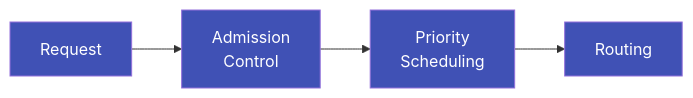
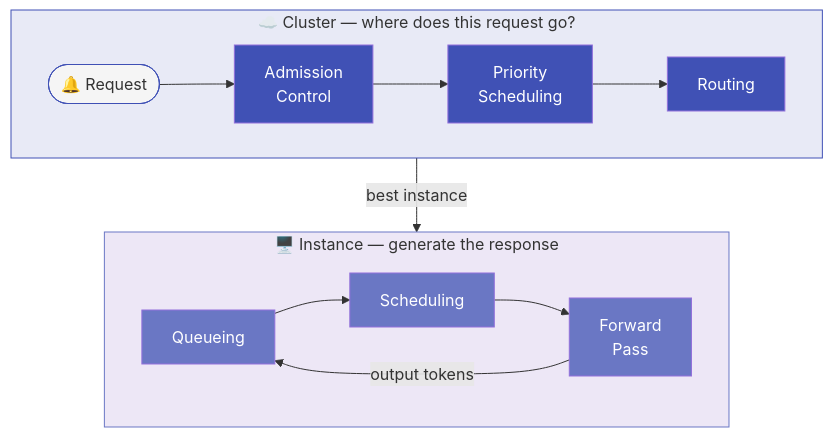
One commit to inference-sim/inference-sim changed the first of 3 diagrams in docs/blog/posts/why-simulate-before-you-scale.md. Above: the diagram before and after it, drawn with Mermaid. The commit also changed other lines of this file, not shown here.

Commit message:
feat(docs): single pipeline diagram with styled cluster/instance regions
One diagram with two labeled regions — cluster (light blue background,
"where does this request go?") flowing into instance (light purple,
"generate the response") with the output-tokens loop. Styled subgraphs
with emoji labels and a connecting "best instance" edge.

````diff
--- a/docs/blog/posts/why-simulate-before-you-scale.md
+++ b/docs/blog/posts/why-simulate-before-you-scale.md
@@ -38,8 +36,25 @@
 ```mermaid
-flowchart LR
-    R["Request"] --> AC["Admission\nControl"] --> PS["Priority\nScheduling"] --> RT["Routing"]
-    style R fill:#4051b5,color:#fff
+flowchart TD
+    subgraph cluster ["☁️ Cluster — where does this request go?"]
+        direction LR
+        R(["🔔 Request"]) --> AC["Admission<br>Control"] --> PS["Priority<br>Scheduling"] --> RT["Routing"]
+    end
+
+    subgraph instance ["🖥️ Instance — generate the response"]
+        direction LR
+        Q["Queueing"] --> S["Scheduling"] --> FP["Forward<br>Pass"]
+        FP -->|"output tokens"| Q
+    end
+
+    RT -->|"best instance"| Q
+
+    style R fill:#f5f5f5,color:#333,stroke:#4051b5
     style AC fill:#4051b5,color:#fff
     style PS fill:#4051b5,color:#fff
     style RT fill:#4051b5,color:#fff
+    style Q fill:#6a77c4,color:#fff
+    style S fill:#6a77c4,color:#fff
+    style FP fill:#6a77c4,color:#fff
+    style cluster fill:#e8eaf6,stroke:#4051b5,color:#333
+    style instance fill:#ede7f6,stroke:#6a77c4,color:#333
 ```
````
